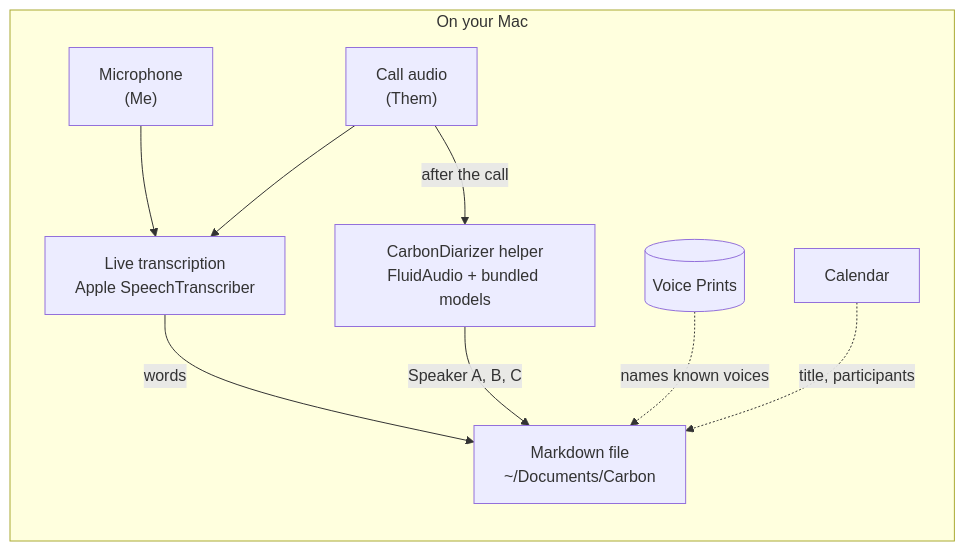
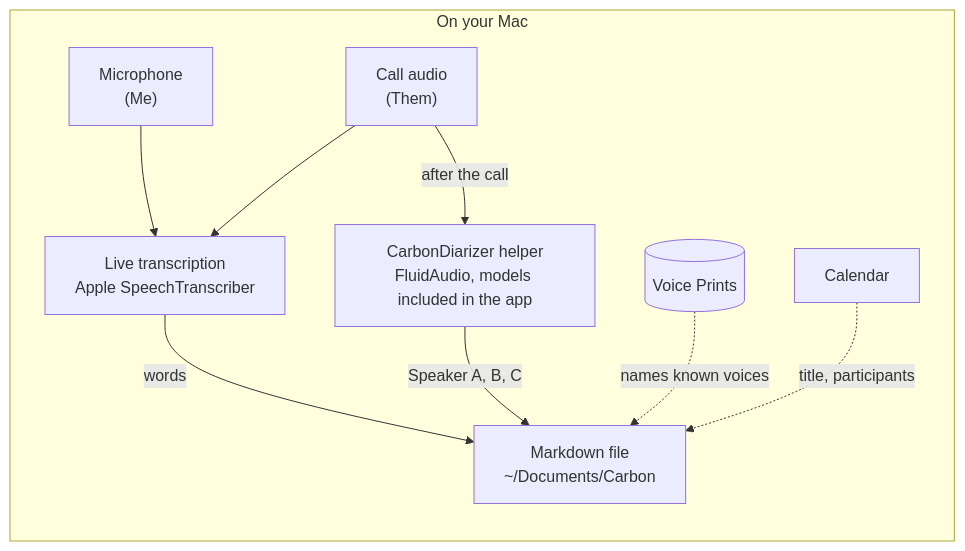
One commit to AlexDemzz/carbon changed the diagram in README.md. Above: the diagram before and after it, drawn with Mermaid.

Commit message:
docs(readme): say the diarization models come inside the app

````diff
--- a/README.md
+++ b/README.md
@@ -25,19 +25,19 @@
 ```mermaid
 flowchart LR
     subgraph mac["On your Mac"]
         mic["Microphone<br/>(Me)"]
         them["Call audio<br/>(Them)"]
         stt["Live transcription<br/>Apple SpeechTranscriber"]
-        diar["CarbonDiarizer helper<br/>FluidAudio + bundled models"]
+        diar["CarbonDiarizer helper<br/>FluidAudio, models included in the app"]
         prints[("Voice Prints")]
         cal["Calendar"]
         file["Markdown file<br/>~/Documents/Carbon"]
     end
     mic --> stt
     them --> stt
     them -- "after the call" --> diar
     stt -- "words" --> file
     diar -- "Speaker A, B, C" --> file
     prints -. "names known voices" .-> file
     cal -. "title, participants" .-> file
 ```
````
